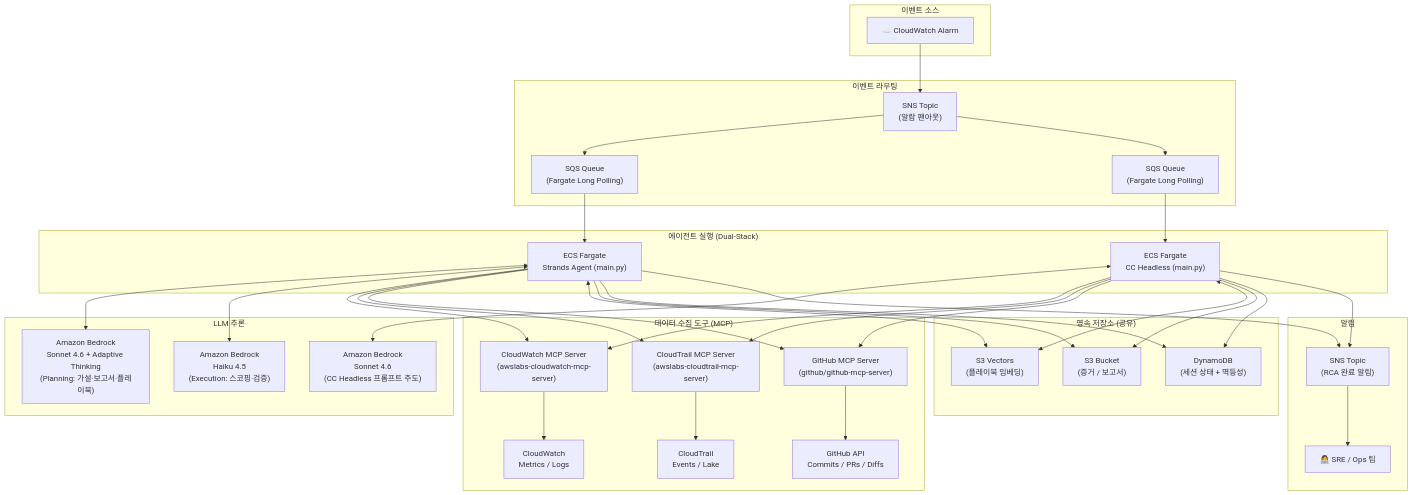
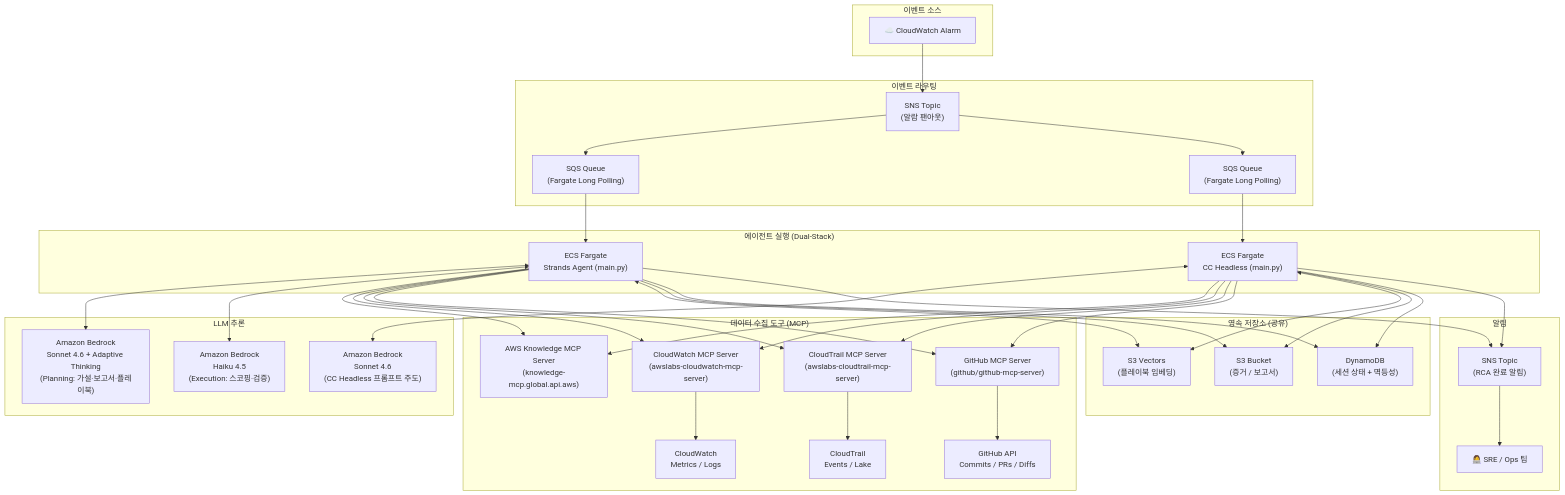
Before and after one commit to haandol/rca-agent: the first of 4 diagrams in AGENTS.md, drawn with Mermaid. The commit also changed other lines of this file and 3 other files, not shown here.

````diff
--- a/AGENTS.md
+++ b/AGENTS.md
@@ -91,68 +91,71 @@
 ```mermaid
 graph TB
     subgraph EventSource["이벤트 소스"]
         CW_ALARM["☁️ CloudWatch Alarm"]
     end
 
     subgraph Messaging["이벤트 라우팅"]
         SNS_IN["SNS Topic<br/>(알람 팬아웃)"]
         SQS_FARGATE["SQS Queue<br/>(Fargate Long Polling)"]
         SQS_CC["SQS Queue<br/>(Fargate Long Polling)"]
     end
 
     subgraph Compute["에이전트 실행 (Dual-Stack)"]
         ECS["ECS Fargate<br/>Strands Agent (main.py)"]
         ECS_CC["ECS Fargate<br/>CC Headless (main.py)"]
     end
 
     subgraph LLM["LLM 추론"]
         BEDROCK_PLAN["Amazon Bedrock<br/>Sonnet 4.6 + Adaptive Thinking<br/>(Planning: 가설·보고서·플레이북)"]
         BEDROCK_EXEC["Amazon Bedrock<br/>Haiku 4.5<br/>(Execution: 스코핑·검증)"]
         BEDROCK_CC["Amazon Bedrock<br/>Sonnet 4.6<br/>(CC Headless 프롬프트 주도)"]
     end
 
     subgraph DataTools["데이터 수집 도구 (MCP)"]
+        AK_MCP["AWS Knowledge MCP Server<br/>(knowledge-mcp.global.api.aws)"]
         CW_MCP["CloudWatch MCP Server<br/>(awslabs-cloudwatch-mcp-server)"]
         CT_MCP["CloudTrail MCP Server<br/>(awslabs-cloudtrail-mcp-server)"]
         GH_MCP["GitHub MCP Server<br/>(github/github-mcp-server)"]
         CW_API["CloudWatch<br/>Metrics / Logs"]
         CT_API["CloudTrail<br/>Events / Lake"]
         GH_API["GitHub API<br/>Commits / PRs / Diffs"]
     end
 
     subgraph Storage["영속 저장소 (공유)"]
         S3_VECTORS["S3 Vectors<br/>(플레이북 임베딩)"]
         S3["S3 Bucket<br/>(증거 / 보고서)"]
         DDB["DynamoDB<br/>(세션 상태 + 멱등성)"]
     end
 
     subgraph Notification["알림"]
         SNS_OUT["SNS Topic<br/>(RCA 완료 알림)"]
         SRE["👩‍💻 SRE / Ops 팀"]
     end
 
     CW_ALARM --> SNS_IN
     SNS_IN --> SQS_FARGATE --> ECS
     SNS_IN --> SQS_CC --> ECS_CC
     ECS <--> BEDROCK_PLAN
     ECS <--> BEDROCK_EXEC
     ECS_CC <--> BEDROCK_CC
+    ECS --> AK_MCP
     ECS --> CW_MCP
     ECS --> CT_MCP
     ECS --> GH_MCP
+    ECS_CC --> AK_MCP
     ECS_CC --> CW_MCP
     ECS_CC --> CT_MCP
     ECS_CC --> GH_MCP
     CW_MCP --> CW_API
     CT_MCP --> CT_API
     GH_MCP --> GH_API
     ECS <--> S3_VECTORS
     ECS --> S3
     ECS --> DDB
     ECS_CC <--> S3_VECTORS
     ECS_CC --> S3
     ECS_CC --> DDB
     ECS --> SNS_OUT
     ECS_CC --> SNS_OUT
     SNS_OUT --> SRE
 ```
````
